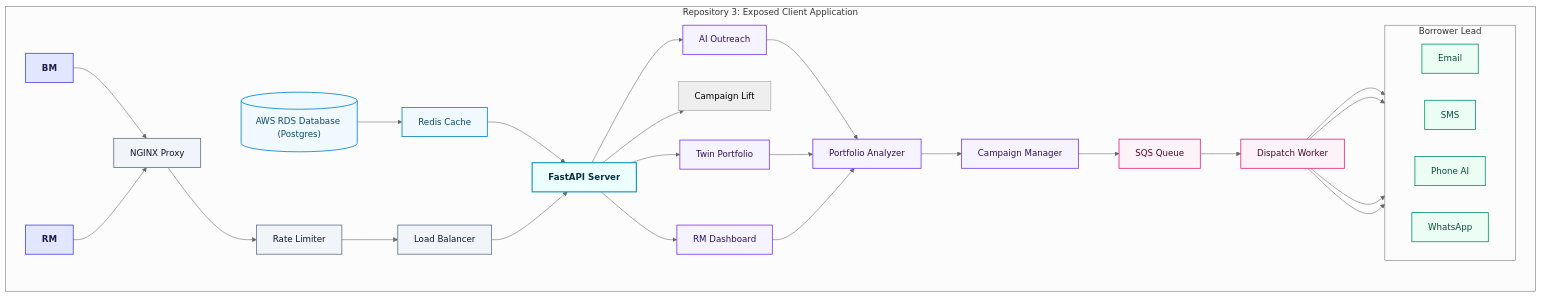
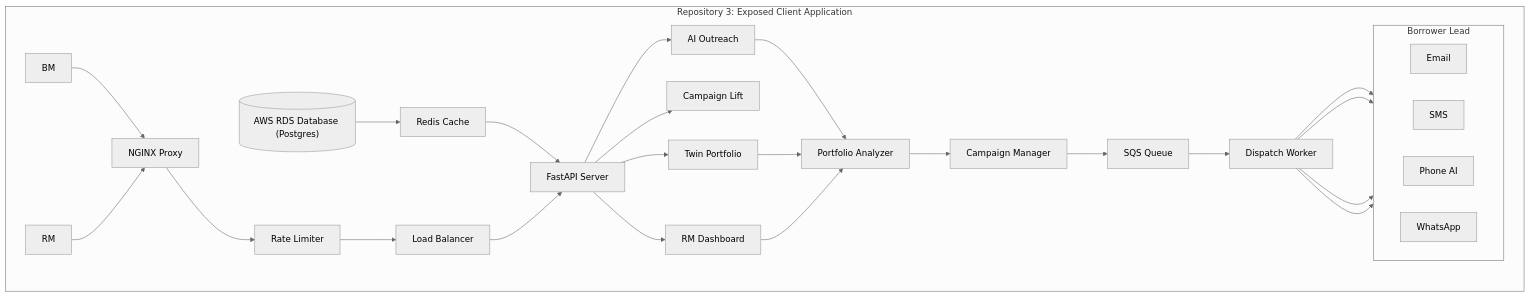
The third of 3 diagrams in README.md (chiraghs/Alpha-Fin), drawn with Mermaid (neutral theme) before and after one commit. The commit also changed other lines of this file, not shown here.

````diff
--- a/README.md
+++ b/README.md
@@ -206,65 +185,49 @@
 ```mermaid
 graph TD
     %% REPOSITORY 3: EXPOSED CLIENT APPLICATION (Vertical Symmetrical Pyramid - Compact)
     subgraph Repo3 ["Repository 3: Exposed Client Application"]
         User["RM"] --> NGINX["NGINX Proxy"]
         BM["BM"] --> NGINX
         NGINX --> Limits["Rate Limiter"]
         Limits --> LB["Load Balancer"]
         LB --> AppServer["FastAPI Server"]
         
         %% Database lookup path (vertical downwards)
         RDS3[("AWS RDS Database (Postgres)")] --> Redis["Redis Cache"]
         Redis --> AppServer
         
         %% FastAPI App Server branches out directly to Client presentation views
         AppServer --> UI["RM Dashboard"]
         AppServer --> ABDDashboard["Campaign Lift"]
         AppServer --> TwinAnalyzer["Twin Portfolio"]
         AppServer --> Outreach["AI Outreach"]
         
         %% Keep ABDDashboard to the left side of the presentation layer
         NGINX ~~~ ABDDashboard
         
         %% Flow after client services
         UI --> Portfolio["Portfolio Analyzer"]
         TwinAnalyzer --> Portfolio
         Outreach --> Portfolio
         
         Portfolio --> Campaign["Campaign Manager"]
         Campaign --> SQS["SQS Queue"]
         
         SQS --> Worker["Dispatch Worker"]
         
         %% Dispatch branches grouped in Borrower Lead (Horizontal layout inside vertical stack)
         subgraph Borrower ["Borrower Lead"]
             direction LR
             Email["Email"]
             SMS["SMS"]
             Phone["Phone AI"]
             WhatsApp["WhatsApp"]
         end
         
         Worker --> Email
         Worker --> SMS
         Worker --> Phone
         Worker --> WhatsApp
     end
 
-    %% Beautiful Professional Slate & Pastel Styling Definitions
-    classDef gateway fill:#f1f5f9,stroke:#64748b,stroke-width:1.5px,color:#0f172a;
-    classDef server fill:#ecfeff,stroke:#0891b2,stroke-width:2px,color:#083344,font-weight:bold;
-    classDef database fill:#f0f9ff,stroke:#0284c7,stroke-width:1.5px,color:#0c4a6e;
-    classDef presentation fill:#f5f3ff,stroke:#7c3aed,stroke-width:1.5px,color:#2e1065;
-    classDef queue fill:#fdf2f8,stroke:#db2777,stroke-width:1.5px,color:#500724;
-    classDef channel fill:#ecfdf5,stroke:#059669,stroke-width:1.5px,color:#064e3b;
-    classDef user fill:#e0e7ff,stroke:#4f46e5,stroke-width:1.5px,color:#1e1b4b,font-weight:bold;
-
-    class NGINX,Limits,LB gateway;
-    class AppServer server;
-    class RDS3,Redis database;
-    class UI,ABDashboard,TwinAnalyzer,Outreach,Portfolio,Campaign presentation;
-    class SQS,Worker queue;
-    class Email,SMS,Phone,WhatsApp channel;
-    class User,BM user;
 ```
````
